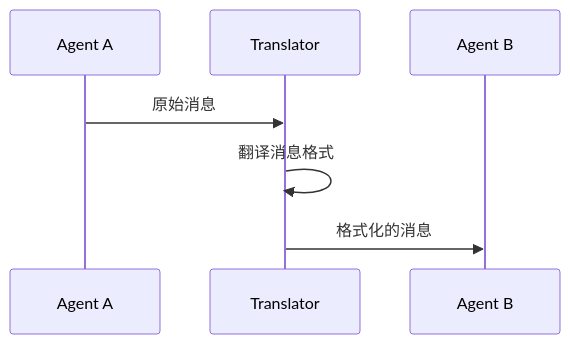
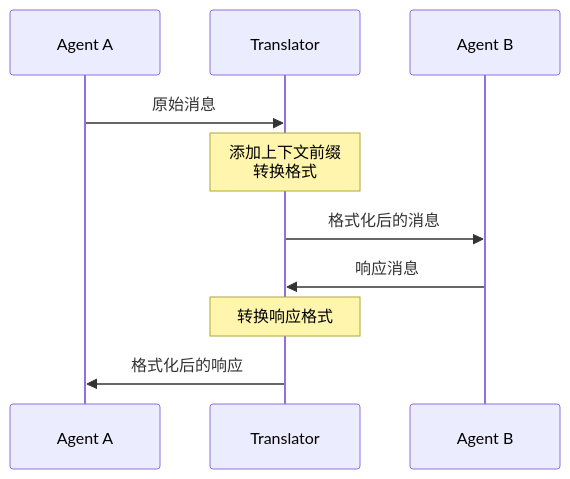
Before and after one commit to zenHeart/learn-ai: the tenth of 14 diagrams in docs/zh/products/automation/openclaw/source-code/acp.md, drawn with Mermaid. The commit also changed other lines of this file and 10 other files, not shown here.

````diff
--- a/docs/zh/products/automation/openclaw/source-code/acp.md
+++ b/docs/zh/products/automation/openclaw/source-code/acp.md
@@ -204,10 +387,13 @@
 ```mermaid
 sequenceDiagram
     participant A as Agent A
     participant T as Translator
     participant B as Agent B
     
     A->>T: 原始消息
-    T->>T: 翻译消息格式
-    T->>B: 格式化的消息
+    Note over T: 添加上下文前缀<br/>转换格式
+    T->>B: 格式化后的消息
+    B->>T: 响应消息
+    Note over T: 转换响应格式
+    T->>A: 格式化后的响应
 ```
````
